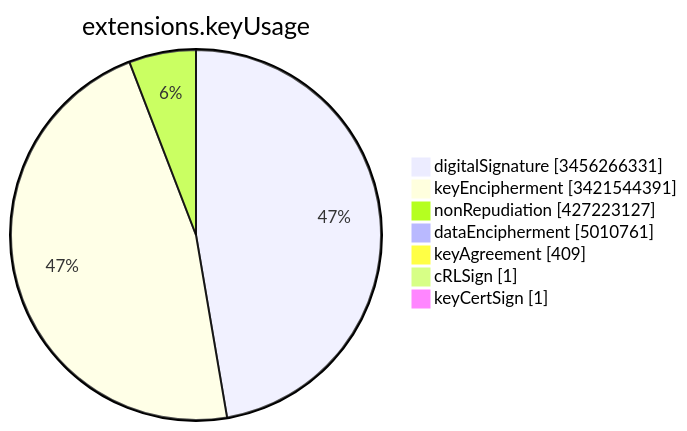
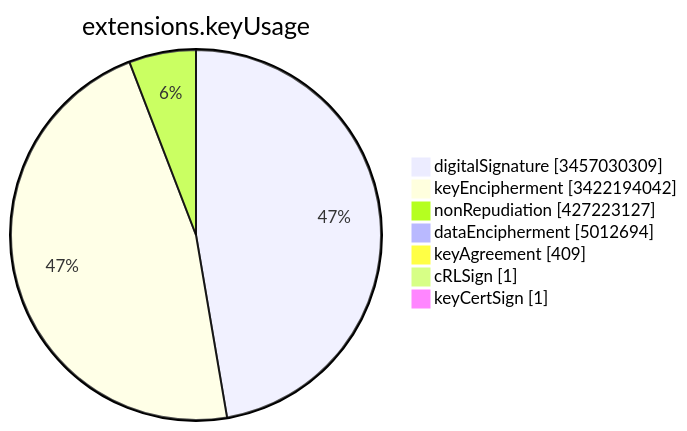
One commit to christiankrug/ctmonitor_visualization changed the sixth of 15 diagrams in TOTAL/README.md. Above: the diagram before and after it, drawn with Mermaid. The commit also changed other lines of this file, not shown here.

````diff
--- a/TOTAL/README.md
+++ b/TOTAL/README.md
@@ -3082,11 +3082,11 @@
 ```mermaid
 pie showData
 title extensions.keyUsage
-"digitalSignature" :3456266331
-"keyEncipherment" :3421544391
+"digitalSignature" :3457030309
+"keyEncipherment" :3422194042
 "nonRepudiation" :427223127
-"dataEncipherment" :5010761
+"dataEncipherment" :5012694
 "keyAgreement" :409
 "cRLSign" :1
 "keyCertSign" :1
 ```
````
